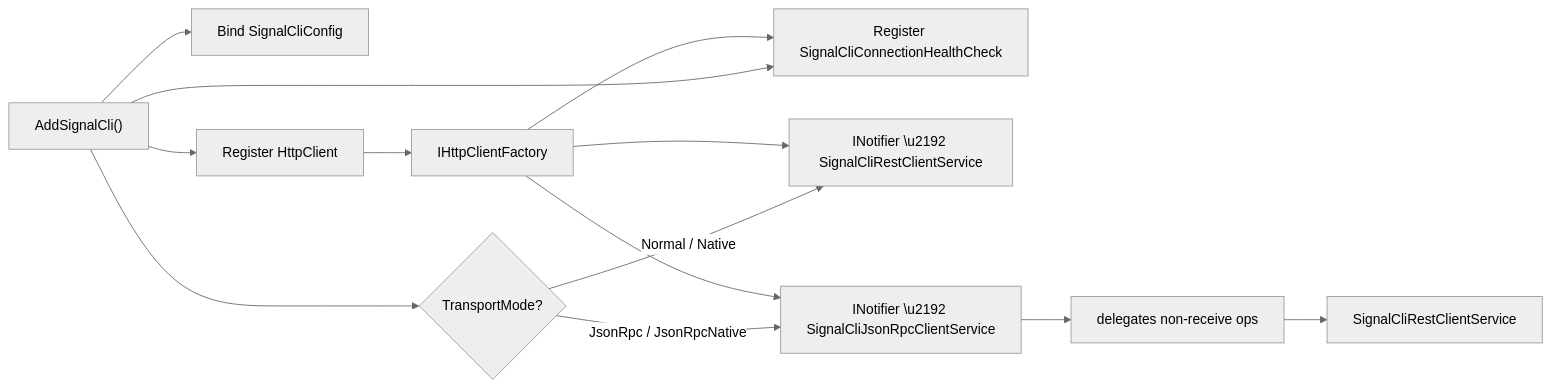
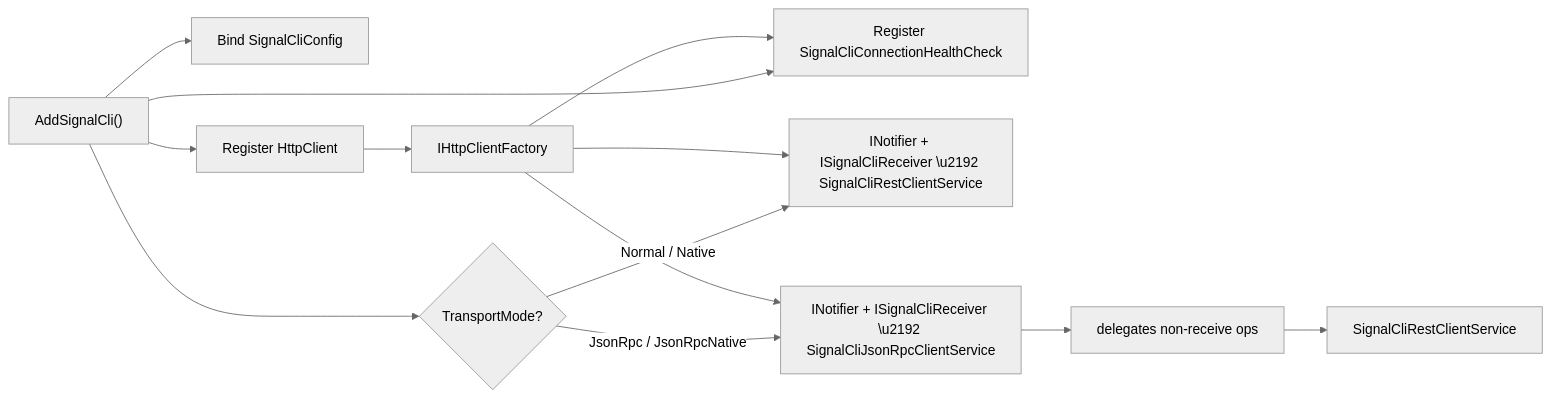
The second of 2 diagrams in src/CasCap.Api.SignalCli/README.md (f2calv/SmartHaus), drawn with Mermaid (neutral theme) before and after one commit. The commit also changed other lines of this file and 7 other files, not shown here.

````diff
--- a/src/CasCap.Api.SignalCli/README.md
+++ b/src/CasCap.Api.SignalCli/README.md
@@ -281,15 +326,15 @@
 ```mermaid
 flowchart LR
     A["AddSignalCli()"] --> B["Bind SignalCliConfig"]
     A --> C["Register HttpClient"]
     A --> D{"TransportMode?"}
     A --> E["Register SignalCliConnectionHealthCheck"]
-    D -->|Normal / Native| F["INotifier \u2192 SignalCliRestClientService"]
-    D -->|JsonRpc / JsonRpcNative| G["INotifier \u2192 SignalCliJsonRpcClientService"]
+    D -->|Normal / Native| F["INotifier + ISignalCliReceiver \u2192 SignalCliRestClientService"]
+    D -->|JsonRpc / JsonRpcNative| G["INotifier + ISignalCliReceiver \u2192 SignalCliJsonRpcClientService"]
     G --> H["delegates non-receive ops"]
     H --> F2["SignalCliRestClientService"]
     C --> I["IHttpClientFactory"]
     I --> F
     I --> G
     I --> E
 ```
````
